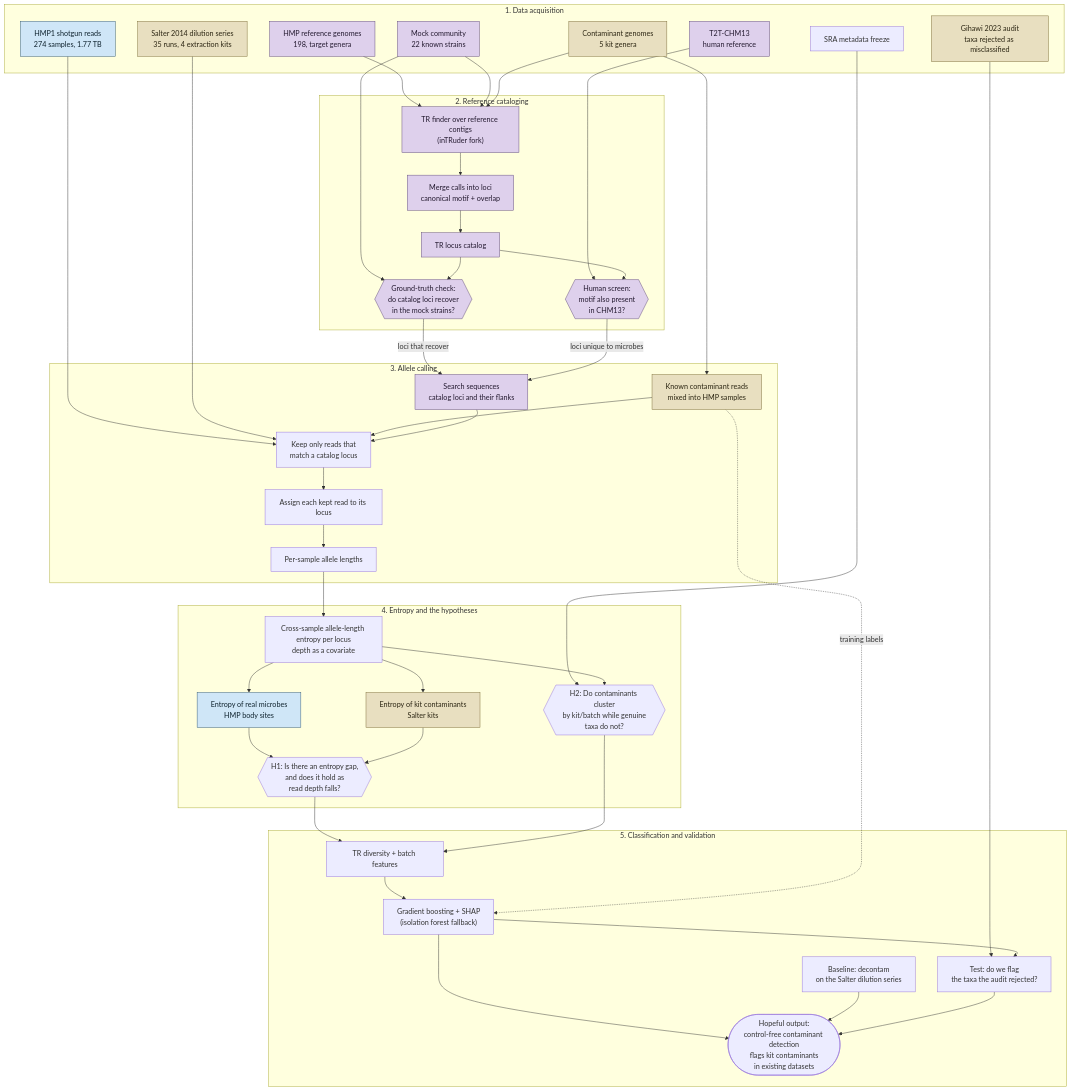
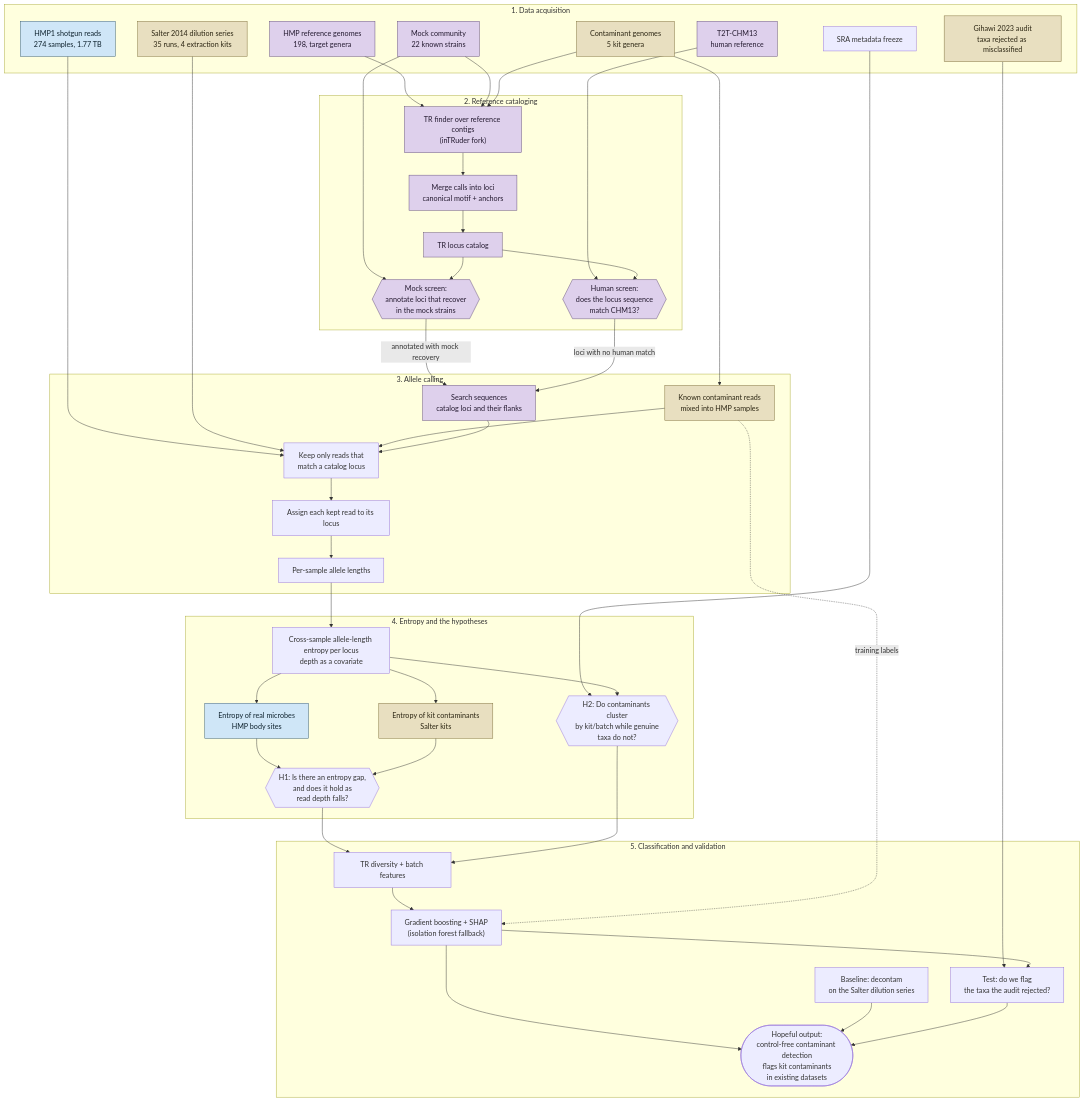
The diagram in docs/documents/flowchart.md (BIO-4432-TXSTATE-Fall2026/Project), drawn with Mermaid before and after one commit. The commit also changed other lines of this file and 5 other files, not shown here.

Commit message:
Docs: describe the catalog part and the mock screen as annotation

```diff
--- a/docs/documents/flowchart.md
+++ b/docs/documents/flowchart.md
@@ -22,10 +22,10 @@
 
     subgraph CATALOG["2. Reference cataloging"]
         FIND["TR finder over reference contigs<br/>(inTRuder fork)"]
-        MERGE["Merge calls into loci<br/>canonical motif + overlap"]
+        MERGE["Merge calls into loci<br/>canonical motif + anchors"]
         CAT["TR locus catalog"]
-        SELFCHK{{"Ground-truth check:<br/>do catalog loci recover<br/>in the mock strains?"}}
-        HUMSCR{{"Human screen:<br/>motif also present<br/>in CHM13?"}}
+        SELFCHK{{"Mock screen:<br/>annotate loci that recover<br/>in the mock strains"}}
+        HUMSCR{{"Human screen:<br/>does the locus sequence<br/>match CHM13?"}}
     end
 
     subgraph MEASURE["3. Allele calling"]
@@ -60,8 +60,8 @@
     CAT --> SELFCHK
     CHM13 --> HUMSCR
     CAT --> HUMSCR
-    SELFCHK -->|"loci that recover"| GATE
-    HUMSCR -->|"loci unique to microbes"| GATE
+    SELFCHK -->|"annotated with mock recovery"| GATE
+    HUMSCR -->|"loci with no human match"| GATE
 
     HMP --> STREAM
     SALT --> STREAM
```
